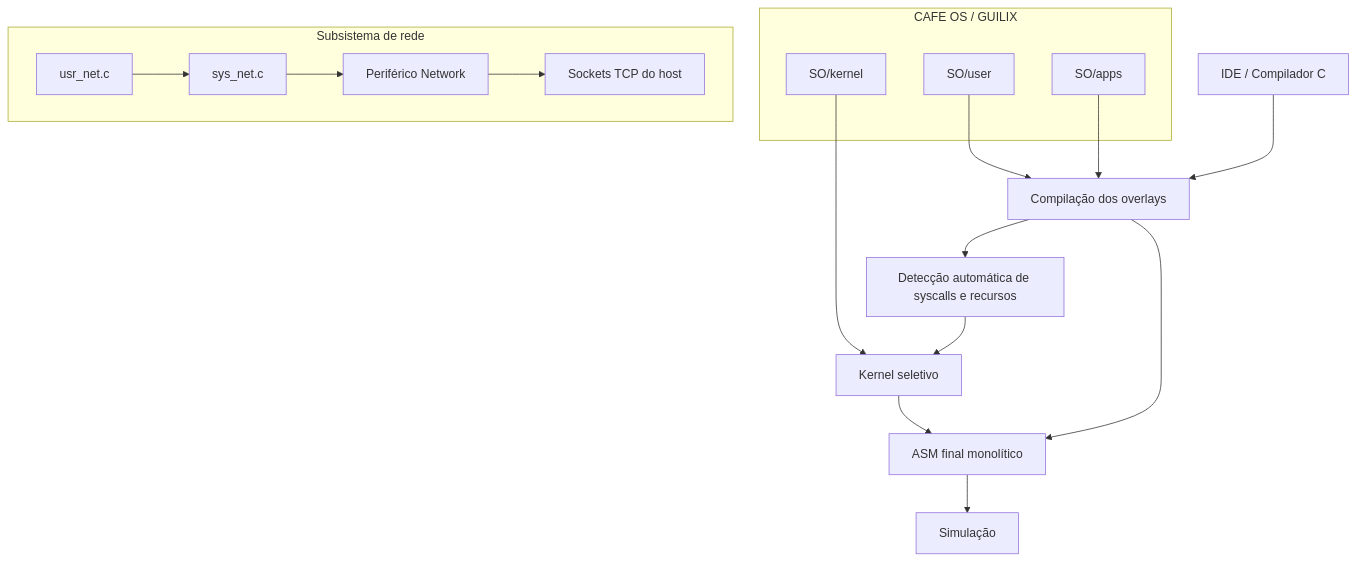
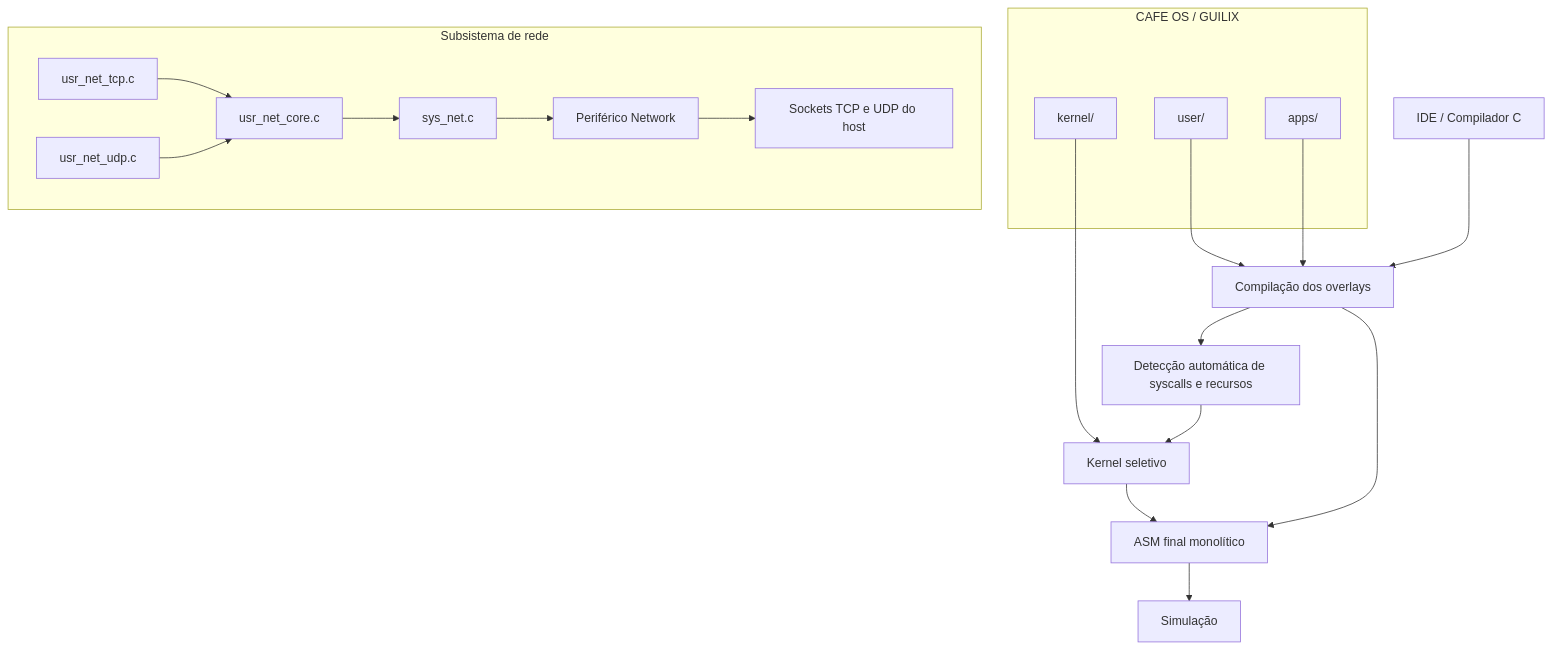
The first of 2 diagrams in README.md (garme/cafe_os), drawn with Mermaid before and after one commit. The commit also changed other lines of this file and 112 other files, not shown here.

````diff
--- a/README.md
+++ b/README.md
@@ -73,27 +75,32 @@
 ```mermaid
 flowchart TD
     A[IDE / Compilador C] --> B[Compilação dos overlays]
     B --> C[Detecção automática de syscalls e recursos]
     C --> D[Kernel seletivo]
     D --> E[ASM final monolítico]
     B --> E
     E --> F[Simulação]
 
     subgraph OS[CAFE OS / GUILIX]
-        K[SO/kernel]
-        U[SO/user]
-        P[SO/apps]
+        K[kernel/]
+        U[user/]
+        P[apps/]
     end
 
     subgraph NET[Subsistema de rede]
-        N1[usr_net.c]
-        N2[sys_net.c]
-        N3[Periférico Network]
-        N4[Sockets TCP do host]
+        N0[usr_net_core.c]
+        NT[usr_net_tcp.c]
+        NU[usr_net_udp.c]
+        NK[sys_net.c]
+        NP[Periférico Network]
+        NH[Sockets TCP e UDP do host]
     end
 
     K --> D
     U --> B
     P --> B
-    N1 --> N2 --> N3 --> N4
+
+    NT --> N0
+    NU --> N0
+    N0 --> NK --> NP --> NH
 ```
````
